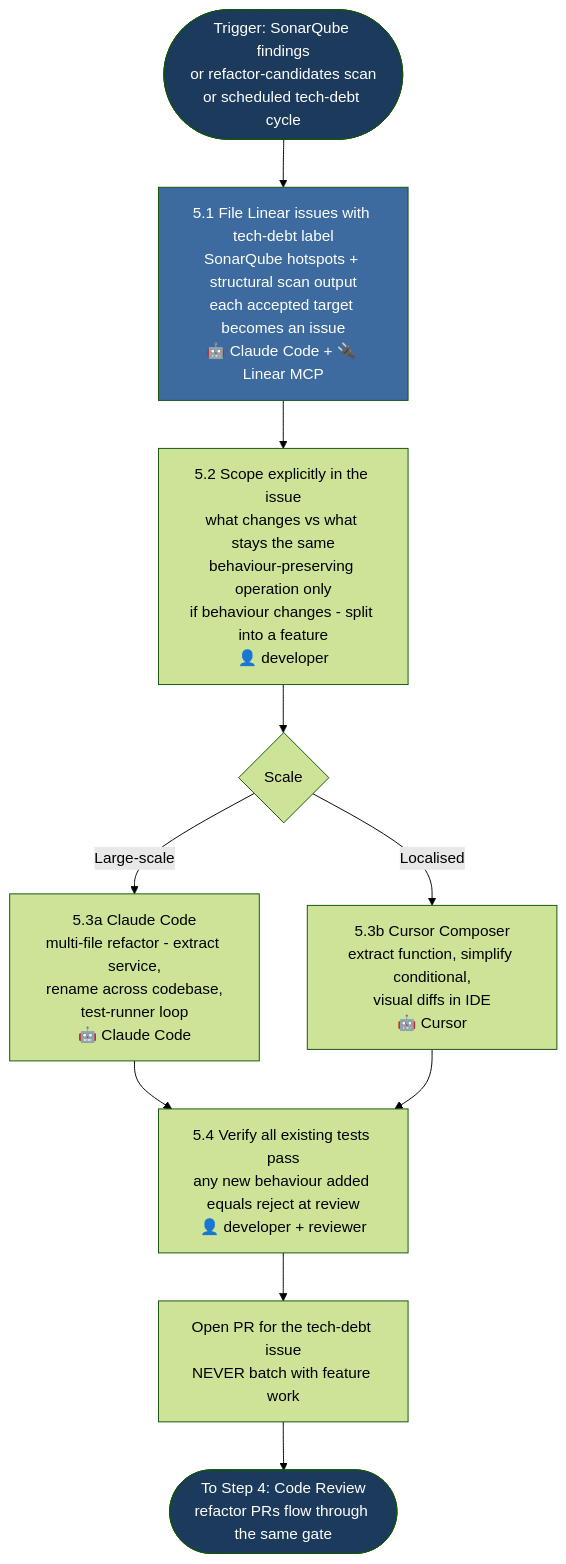
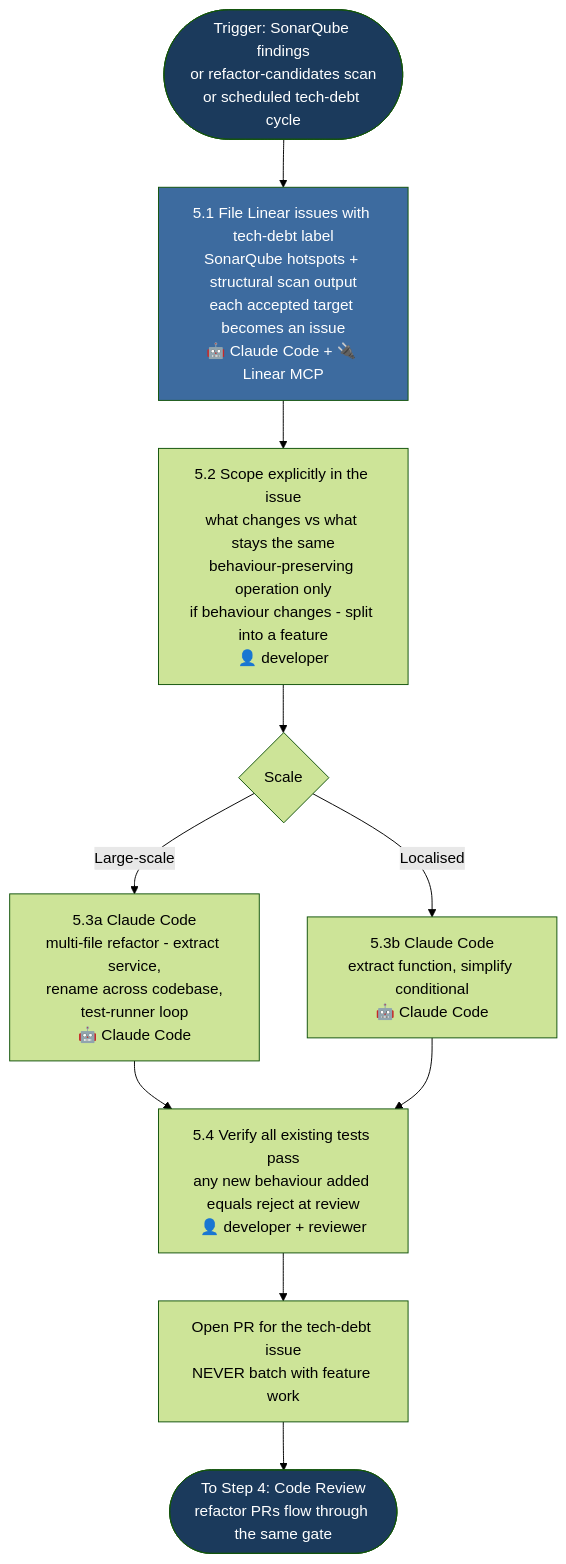
Before and after one commit to kalpat-allion/ai-dlc: the sixth of 8 diagrams in aidlc-phases/03-development/FLOWCHART.md, drawn with Mermaid (forest theme). The commit also changed other lines of this file and 16 other files, not shown here.

````diff
--- a/aidlc-phases/03-development/FLOWCHART.md
+++ b/aidlc-phases/03-development/FLOWCHART.md
@@ -283,20 +277,20 @@
 ```mermaid
 flowchart TD
     REF_IN([Trigger: SonarQube findings<br/>or refactor-candidates scan<br/>or scheduled tech-debt cycle]) --> REF1
 
     REF1[5.1 File Linear issues with tech-debt label<br/>SonarQube hotspots + structural scan output<br/>each accepted target becomes an issue<br/>🤖 Claude Code + 🔌 Linear MCP] --> REF2
     REF2[5.2 Scope explicitly in the issue<br/>what changes vs what stays the same<br/>behaviour-preserving operation only<br/>if behaviour changes - split into a feature<br/>👤 developer] --> REF3
 
     REF3{Scale}
     REF3 -- Large-scale --> REF4A[5.3a Claude Code<br/>multi-file refactor - extract service,<br/>rename across codebase,<br/>test-runner loop<br/>🤖 Claude Code]
-    REF3 -- Localised --> REF4B[5.3b Cursor Composer<br/>extract function, simplify conditional,<br/>visual diffs in IDE<br/>🤖 Cursor]
+    REF3 -- Localised --> REF4B[5.3b Claude Code<br/>extract function, simplify conditional<br/>🤖 Claude Code]
 
     REF4A --> REF5
     REF4B --> REF5
     REF5[5.4 Verify all existing tests pass<br/>any new behaviour added equals reject at review<br/>👤 developer + reviewer] --> REF_PR[Open PR for the tech-debt issue<br/>NEVER batch with feature work]
     REF_PR --> REF_OUT([To Step 4: Code Review<br/>refactor PRs flow through the same gate])
 
     style REF_IN fill:#1B3A5C,color:#fff
     style REF_OUT fill:#1B3A5C,color:#fff
     style REF1 fill:#3D6B9F,color:#fff
 ```
````
